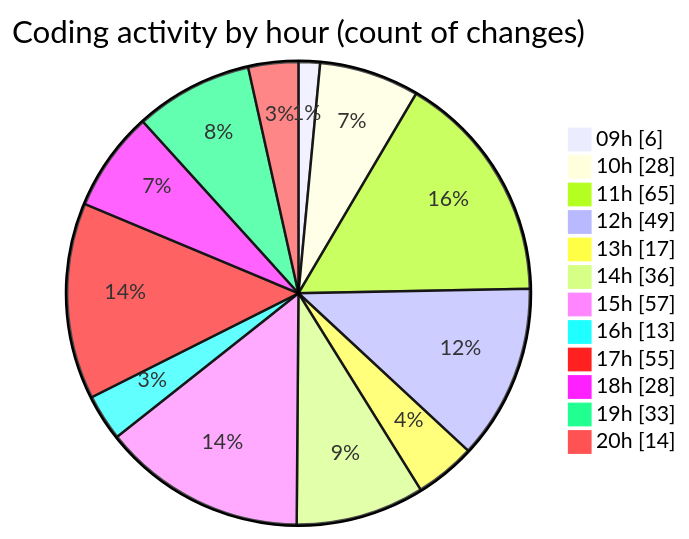
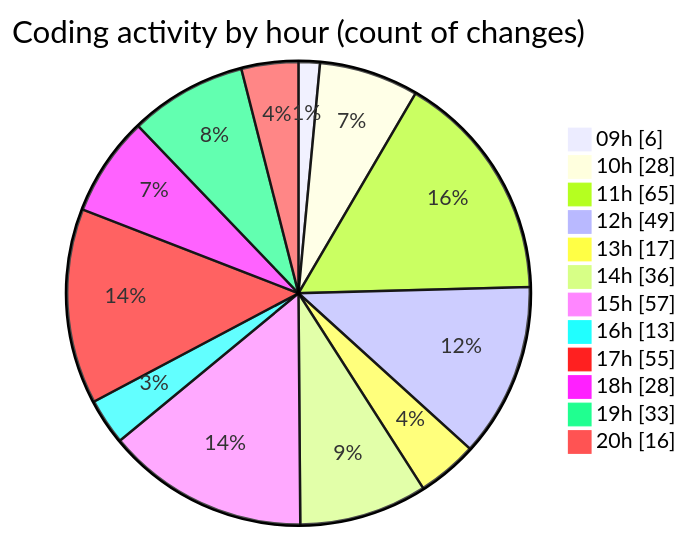
One commit to momahboobian/code-tracking changed the second of 2 diagrams in 2025-03-27/cda/README.md. Above: the diagram before and after it, drawn with Mermaid. The commit also changed other lines of this file and 1 other file, not shown here.

````diff
--- a/2025-03-27/cda/README.md
+++ b/2025-03-27/cda/README.md
@@ -50,16 +52,16 @@
 ```mermaid
 pie showData
 title Coding activity by hour (count of changes)
 "09h" : 6
 "10h" : 28
 "11h" : 65
 "12h" : 49
 "13h" : 17
 "14h" : 36
 "15h" : 57
 "16h" : 13
 "17h" : 55
 "18h" : 28
 "19h" : 33
-"20h" : 14
+"20h" : 16
 ```
````
